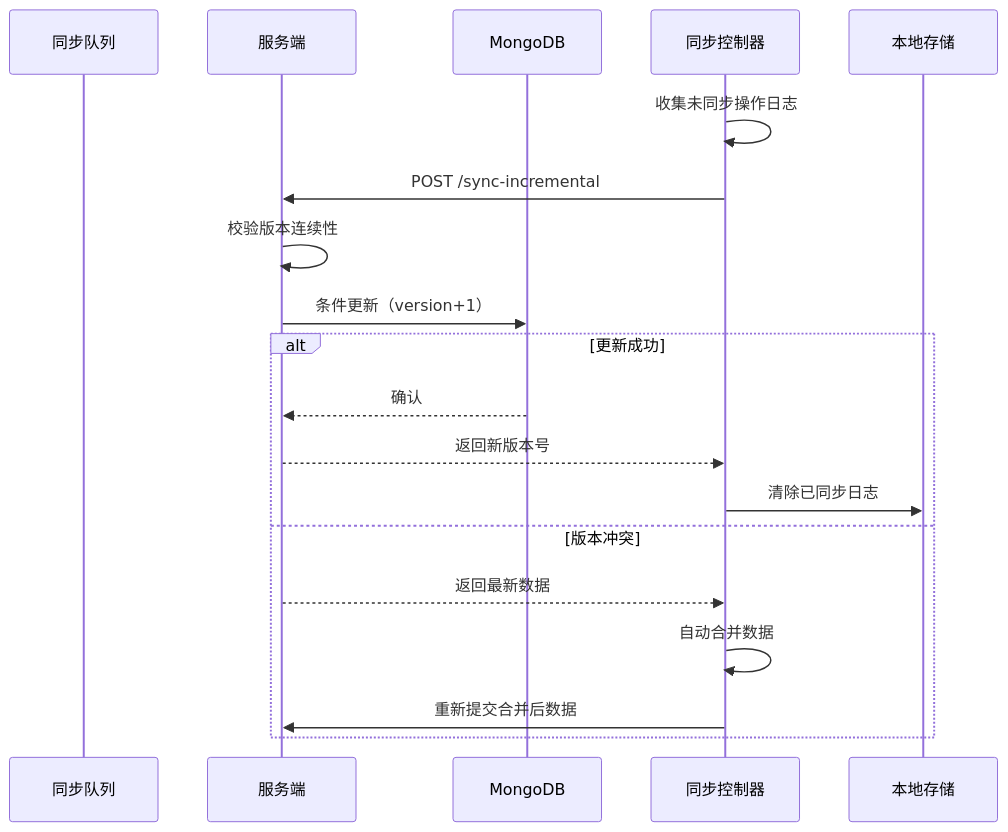
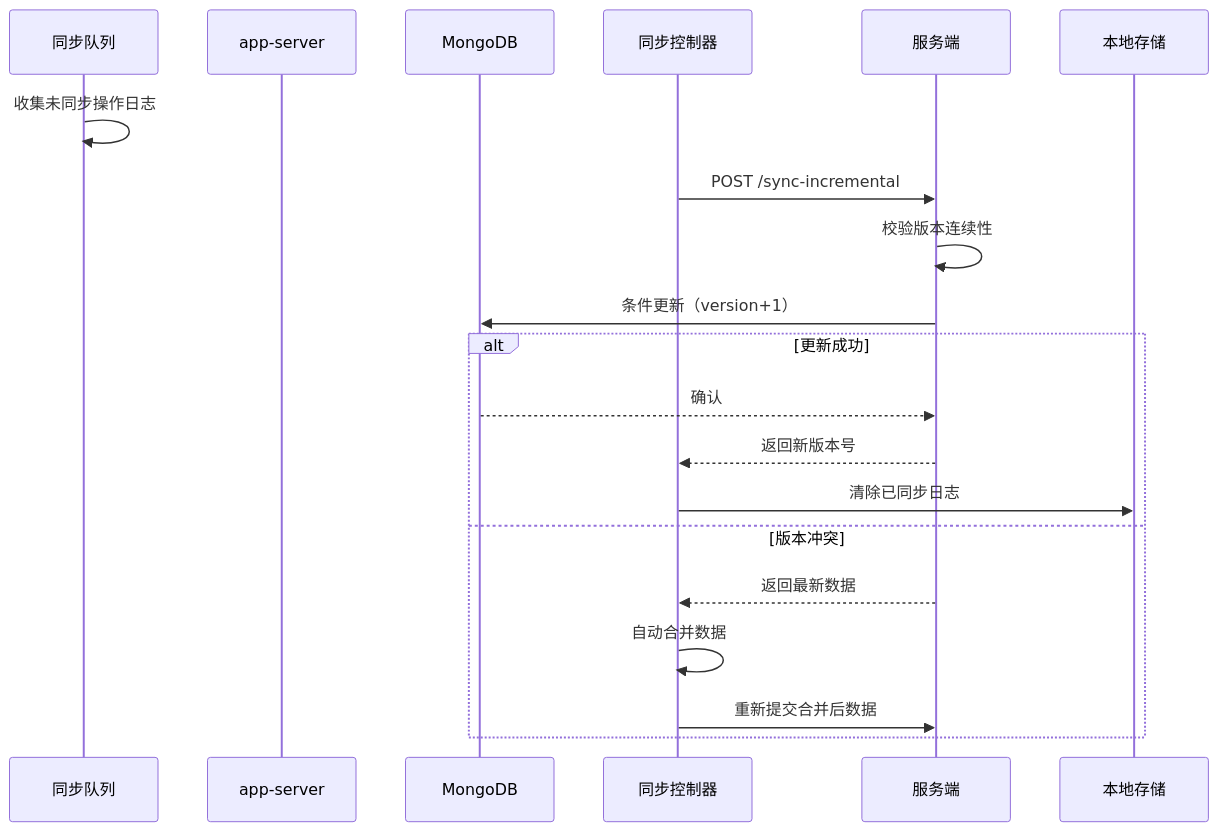
The diagram in all/未命名-24.md (yingjianzh/iodraw-files), drawn with Mermaid before and after one commit.

Commit message:
2025-02-21 18:31:28 update

````diff
--- a/all/未命名-24.md
+++ b/all/未命名-24.md
@@ -1,20 +1,20 @@
 ```mermaid
 sequenceDiagram
     participant 同步队列
-    participant 服务端
+    participant app-server
     participant MongoDB
 
-    同步控制器->>同步控制器: 收集未同步操作日志
+    同步队列->>同步队列: 收集未同步操作日志
     同步控制器->>服务端: POST /sync-incremental
     服务端->>服务端: 校验版本连续性
     服务端->>MongoDB: 条件更新（version+1）
     alt 更新成功
         MongoDB-->>服务端: 确认
         服务端-->>同步控制器: 返回新版本号
         同步控制器->>本地存储: 清除已同步日志
     else 版本冲突
         服务端-->>同步控制器: 返回最新数据
         同步控制器->>同步控制器: 自动合并数据
         同步控制器->>服务端: 重新提交合并后数据
     end
 ```
````
